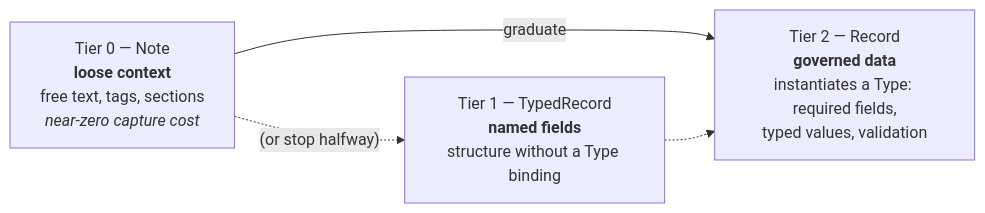
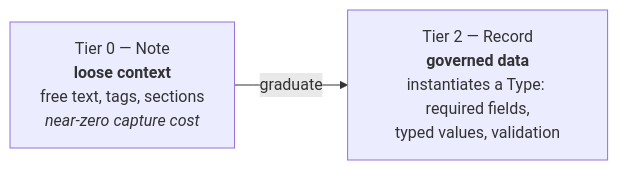
The second of 4 diagrams in docs/overview/first-repository.md (the-greenman/srs), drawn with Mermaid before and after one commit. The commit also changed 54 other files, not shown here.

First line of the commit message:
fixup(spec): remove Tier 1 (TypedRecord) — two-tier record model (#448)

````diff
--- a/docs/overview/first-repository.md
+++ b/docs/overview/first-repository.md
@@ -236,8 +236,6 @@
 ```mermaid
 flowchart LR
     T0["Tier 0 — Note<br/><b>loose context</b><br/>free text, tags, sections<br/><i>near-zero capture cost</i>"]
-    T1["Tier 1 — TypedRecord<br/><b>named fields</b><br/>structure without a Type binding"]
     T2["Tier 2 — Record<br/><b>governed data</b><br/>instantiates a Type: required fields,<br/>typed values, validation"]
     T0 -->|graduate| T2
-    T0 -.->|"(or stop halfway)"| T1 -.-> T2
 ```
````
